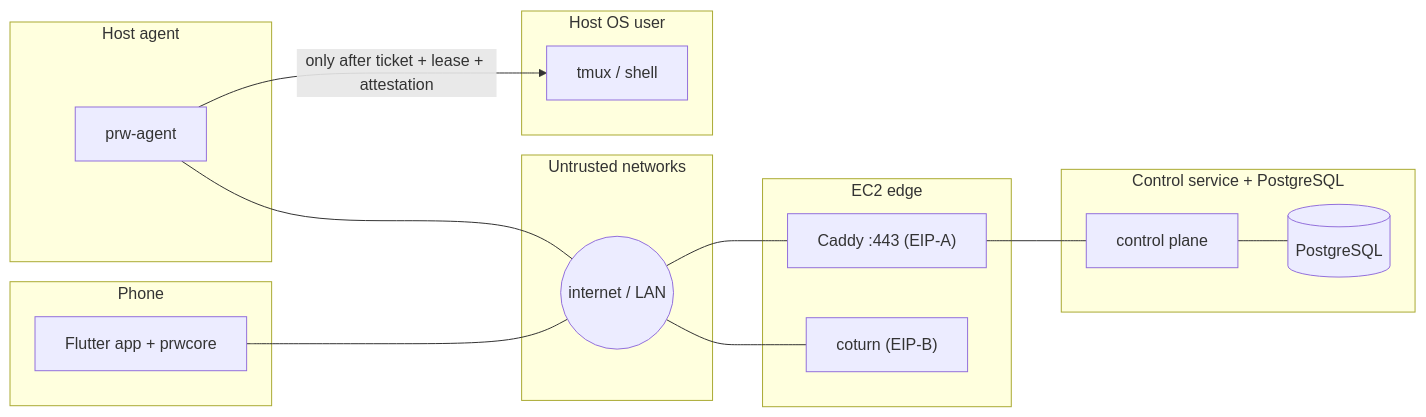
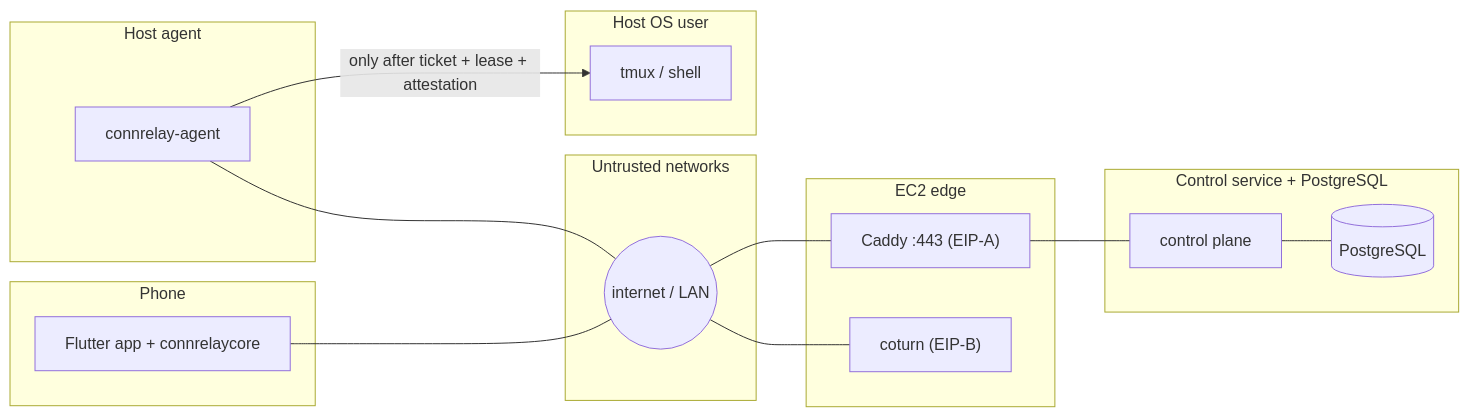
Before and after one commit to rohansen856/ConnRelay: the first of 2 diagrams in docs/technical/security.md, drawn with Mermaid. The commit also changed other lines of this file and 17 other files, not shown here.

````diff
--- a/docs/technical/security.md
+++ b/docs/technical/security.md
@@ -45,27 +45,27 @@
 ```mermaid
 flowchart LR
   subgraph TB1["Phone"]
-    App["Flutter app + prwcore"]
+    App["Flutter app + connrelaycore"]
   end
   subgraph TB2["Untrusted networks"]
     Net((internet / LAN))
   end
   subgraph TB3["EC2 edge"]
     Caddy["Caddy :443 (EIP-A)"]
     Coturn["coturn (EIP-B)"]
   end
   subgraph TB4["Control service + PostgreSQL"]
     Ctrl["control plane"]
     DB[(PostgreSQL)]
   end
   subgraph TB5["Host agent"]
-    Agent["prw-agent"]
+    Agent["connrelay-agent"]
   end
   subgraph TB6["Host OS user"]
     Shell["tmux / shell"]
   end
   App --- Net --- Caddy --- Ctrl --- DB
   Net --- Coturn
   Agent --- Net
   Agent -->|"only after ticket + lease + attestation"| Shell
 ```
````
